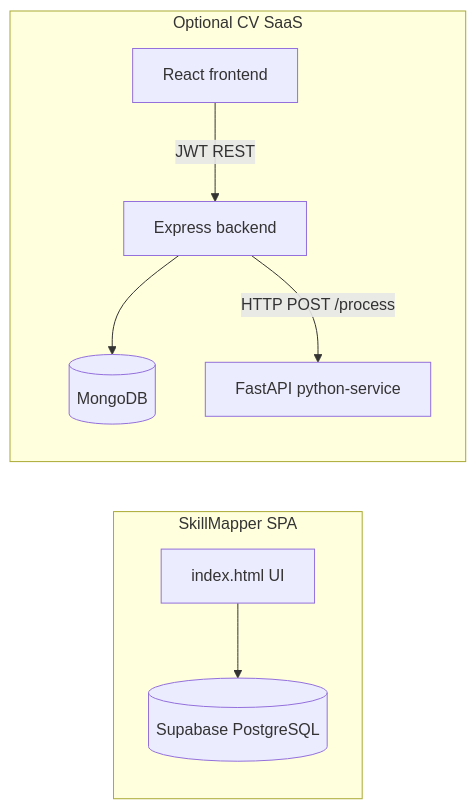
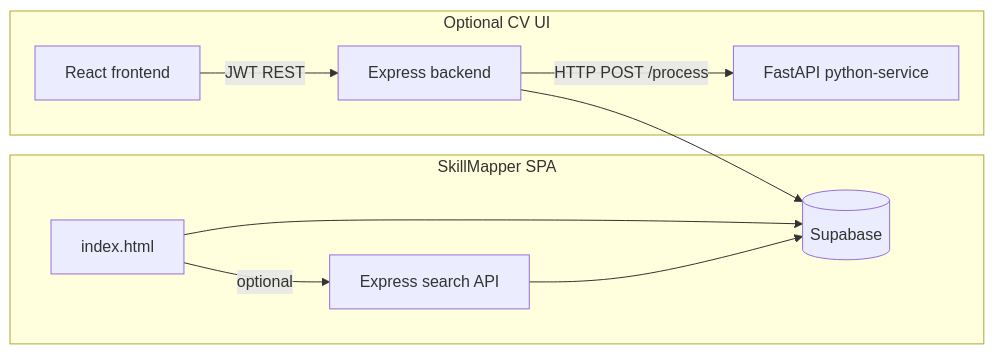
One commit to hrawat640-collab/Skillmapping changed the second of 4 diagrams in context.md. Above: the diagram before and after it, drawn with Mermaid. The commit also changed other lines of this file, not shown here.

````diff
--- a/context.md
+++ b/context.md
@@ -125,18 +143,20 @@
 ```mermaid
 flowchart LR
   subgraph skillmapper [SkillMapper SPA]
-    UI[index.html UI]
-    SB[(Supabase PostgreSQL)]
+    UI[index.html]
+    SB[(Supabase)]
+    API[Express search API]
     UI --> SB
+    UI -->|optional| API
+    API --> SB
   end
 
-  subgraph cvsaas [Optional CV SaaS]
+  subgraph cveval [Optional CV UI]
     FE[React frontend]
     BE[Express backend]
     PY[FastAPI python-service]
-    MG[(MongoDB)]
     FE -->|JWT REST| BE
-    BE --> MG
+    BE --> SB
     BE -->|HTTP POST /process| PY
   end
 ```
````
